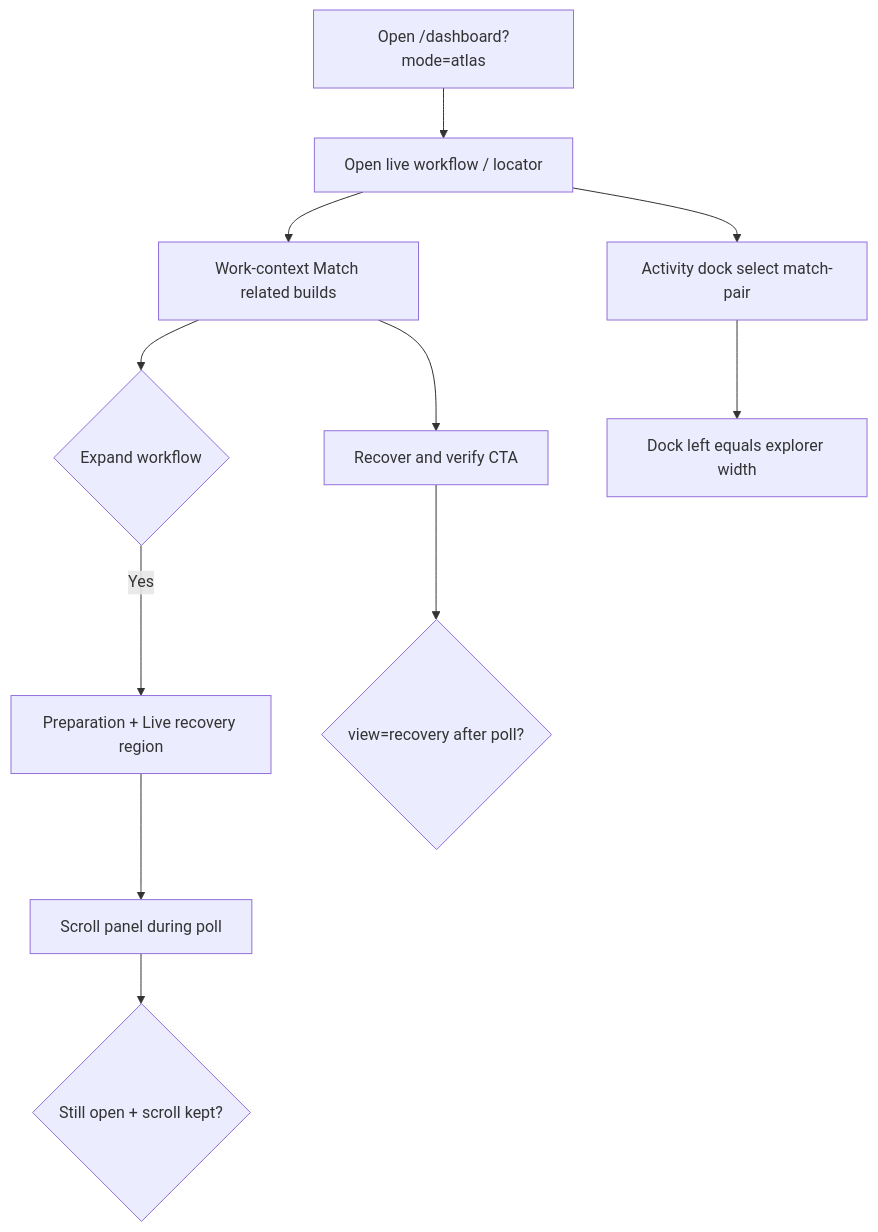
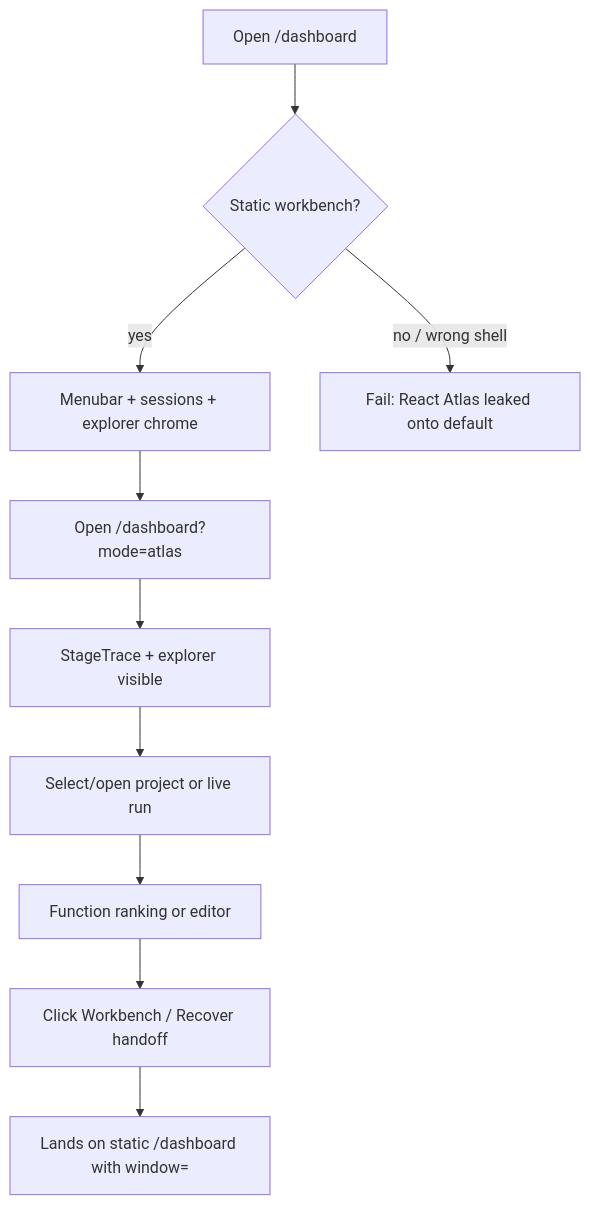
The first of 2 diagrams in docs/dogfood-reports/2026-09-09-feat-evidence-fusion-matcher-dogfood.md (bodencrouch/AgentDecompile), drawn with Mermaid before and after one commit. The commit also changed other lines of this file and 149 other files, not shown here.

````diff
--- a/docs/dogfood-reports/2026-09-09-feat-evidence-fusion-matcher-dogfood.md
+++ b/docs/dogfood-reports/2026-09-09-feat-evidence-fusion-matcher-dogfood.md
@@ -19,13 +21,12 @@
 ```mermaid
 flowchart TD
-  A[Open /dashboard?mode=atlas] --> B[Open live workflow / locator]
-  B --> C[Work-context Match related builds]
-  C --> D{Expand workflow}
-  D -->|Yes| E[Preparation + Live recovery region]
-  E --> F[Scroll panel during poll]
-  F --> G{Still open + scroll kept?}
-  C --> H[Recover and verify CTA]
-  H --> I{view=recovery after poll?}
-  B --> J[Activity dock select match-pair]
-  J --> K[Dock left equals explorer width]
+  A["Open /dashboard"] --> B{Static workbench?}
+  B -->|yes| C["Menubar + sessions + explorer chrome"]
+  B -->|no / wrong shell| Z1["Fail: React Atlas leaked onto default"]
+  C --> D["Open /dashboard?mode=atlas"]
+  D --> E["StageTrace + explorer visible"]
+  E --> F["Select/open project or live run"]
+  F --> G["Function ranking or editor"]
+  G --> H["Click Workbench / Recover handoff"]
+  H --> I["Lands on static /dashboard with window="]
 ```
````
